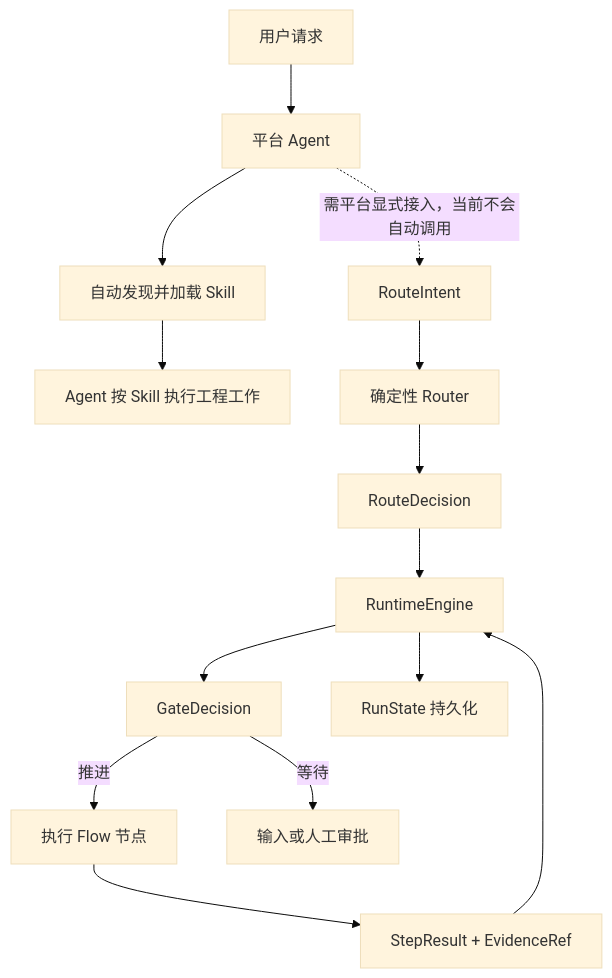
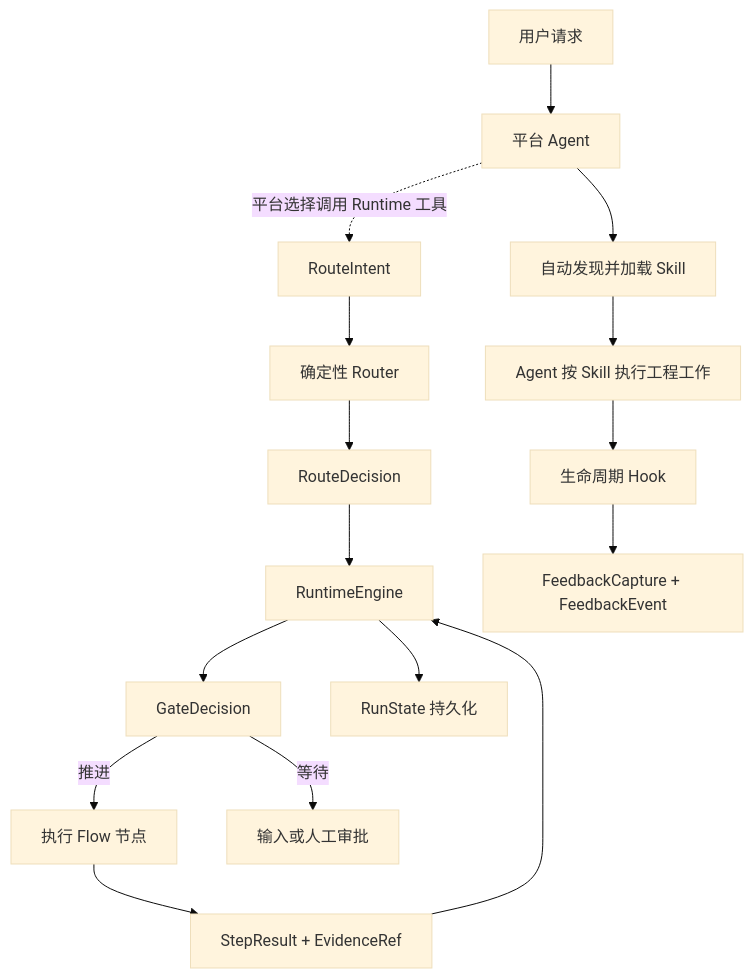
Before and after one commit to snbc-qihang/agent-skills: the diagram in README.md, drawn with Mermaid (base theme). The commit also changed other lines of this file and 63 other files, not shown here.

````diff
--- a/README.md
+++ b/README.md
@@ -159,17 +168,19 @@
 ```mermaid
 flowchart TB
     U["用户请求"] --> A["平台 Agent"]
     A --> K["自动发现并加载 Skill"]
     K --> W["Agent 按 Skill 执行工程工作"]
 
-    A -. "需平台显式接入，当前不会自动调用" .-> I["RouteIntent"]
+    A -. "平台选择调用 Runtime 工具" .-> I["RouteIntent"]
     I --> R["确定性 Router"]
     R --> D["RouteDecision"]
     D --> E["RuntimeEngine"]
     E --> G["GateDecision"]
     G -->|推进| S["执行 Flow 节点"]
     G -->|等待| H["输入或人工审批"]
     S --> X["StepResult + EvidenceRef"]
     X --> E
     E --> P["RunState 持久化"]
+    W --> F["生命周期 Hook"]
+    F --> C["FeedbackCapture + FeedbackEvent"]
 ```
````
